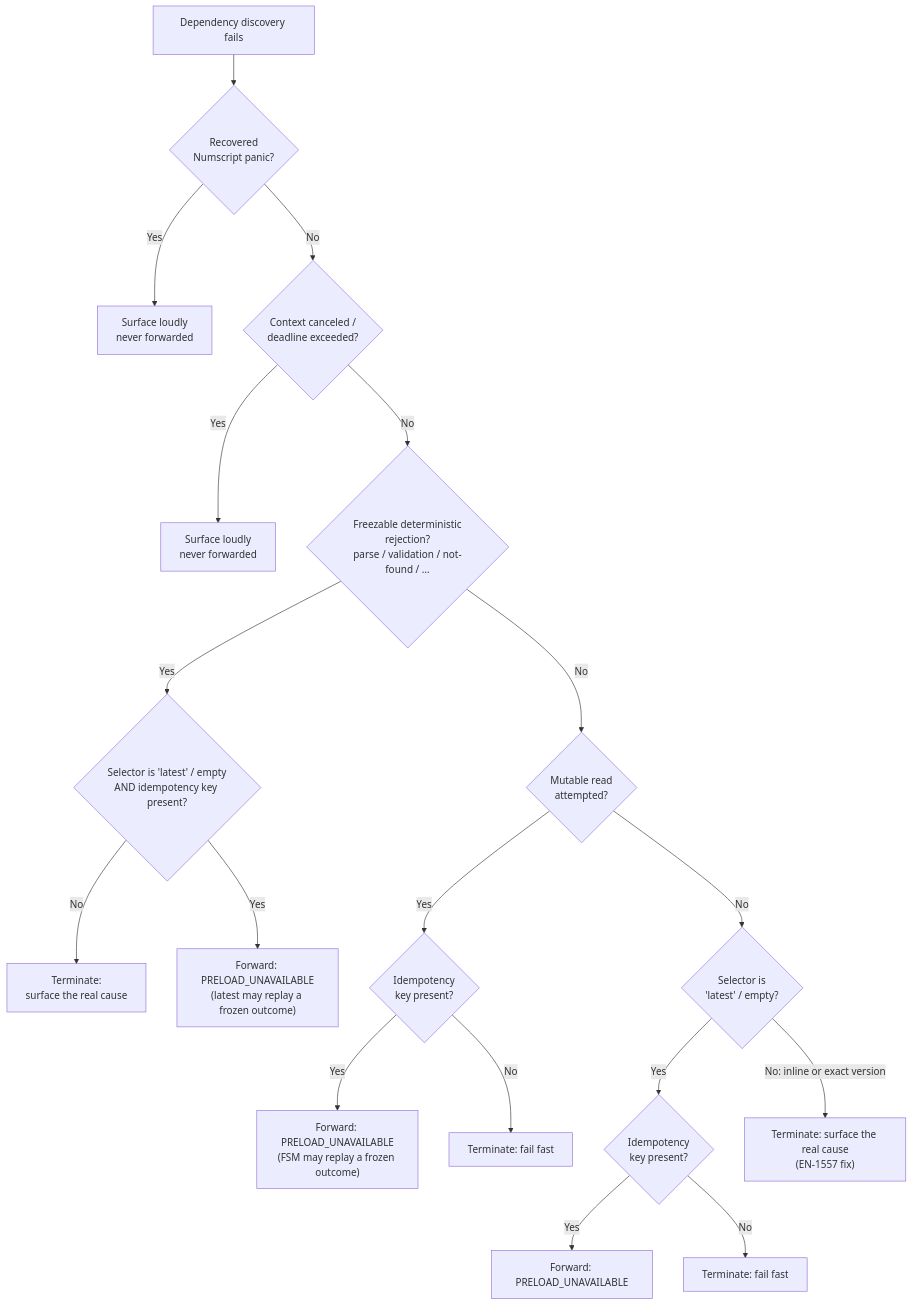
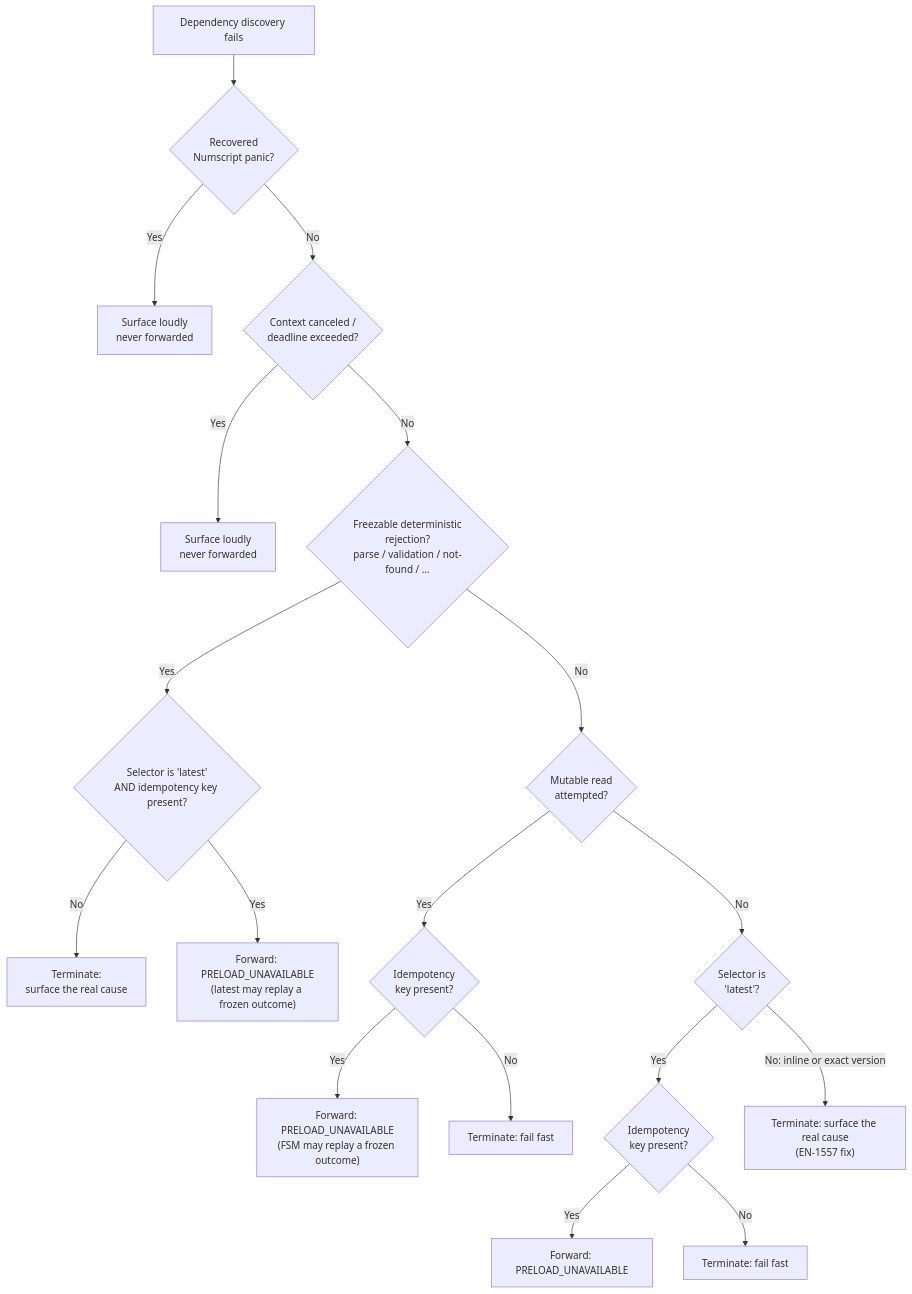
One commit to formancehq/ledger changed the second of 2 diagrams in docs/technical/architecture/subsystems/admission/idempotency.md. Above: the diagram before and after it, drawn with Mermaid. The commit also changed other lines of this file and 1 other file, not shown here.

Commit message:
test(EN-1288): cover the same-bulk exact numscript reference
An exact-semver reference resolving against a save earlier in the same bulk
had no test: the existing same-bulk case passes "latest", which takes the
latest-pointer branch instead. The new case saves 1.0.0 into the overlay with
nothing in Pebble and references it explicitly, so resolution can only succeed
through the overlay; the contrast case, the same reference with an empty
overlay, is NUMSCRIPT_NOT_FOUND.

Also drop the empty selector from the idempotency doc's four latest-selector
classifications, including the two mermaid nodes: admission rejects an empty
executable selector, so only the literal "latest" reaches that forwarding
decision.

````diff
--- a/docs/technical/architecture/subsystems/admission/idempotency.md
+++ b/docs/technical/architecture/subsystems/admission/idempotency.md
@@ -77,20 +77,20 @@
 ```mermaid
 flowchart TD
     FAIL[Dependency discovery fails] --> PANIC{Recovered<br/>Numscript panic?}
     PANIC -->|Yes| LOUD1[Surface loudly<br/>never forwarded]
     PANIC -->|No| CANCEL{Context canceled /<br/>deadline exceeded?}
     CANCEL -->|Yes| LOUD2[Surface loudly<br/>never forwarded]
     CANCEL -->|No| FREEZE{Freezable deterministic<br/>rejection?<br/>parse / validation / not-found / …}
-    FREEZE -->|Yes| FRZLATEST{Selector is 'latest' / empty<br/>AND idempotency key present?}
+    FREEZE -->|Yes| FRZLATEST{Selector is 'latest'<br/>AND idempotency key present?}
     FRZLATEST -->|No| TERM1[Terminate:<br/>surface the real cause]
     FRZLATEST -->|Yes| FWD3["Forward: PRELOAD_UNAVAILABLE<br/>(latest may replay a frozen outcome)"]
     FREEZE -->|No| READ{Mutable read<br/>attempted?}
     READ -->|Yes| KEY1{Idempotency<br/>key present?}
     KEY1 -->|Yes| FWD1["Forward: PRELOAD_UNAVAILABLE<br/>(FSM may replay a frozen outcome)"]
     KEY1 -->|No| TERM2[Terminate: fail fast]
-    READ -->|No| LATEST{Selector is<br/>'latest' / empty?}
+    READ -->|No| LATEST{Selector is<br/>'latest'?}
     LATEST -->|Yes| KEY2{Idempotency<br/>key present?}
     KEY2 -->|Yes| FWD2[Forward: PRELOAD_UNAVAILABLE]
     KEY2 -->|No| TERM3[Terminate: fail fast]
     LATEST -->|No: inline or exact version| TERM4["Terminate: surface the real cause<br/>(EN-1557 fix)"]
 ```
````
